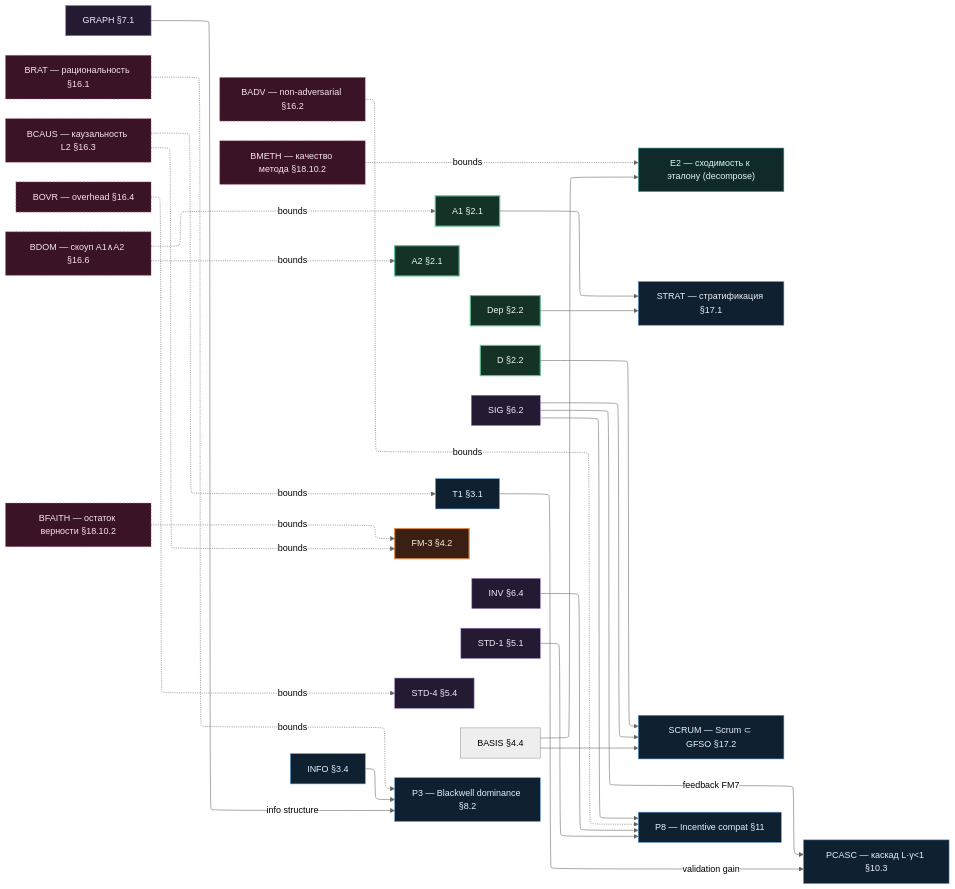
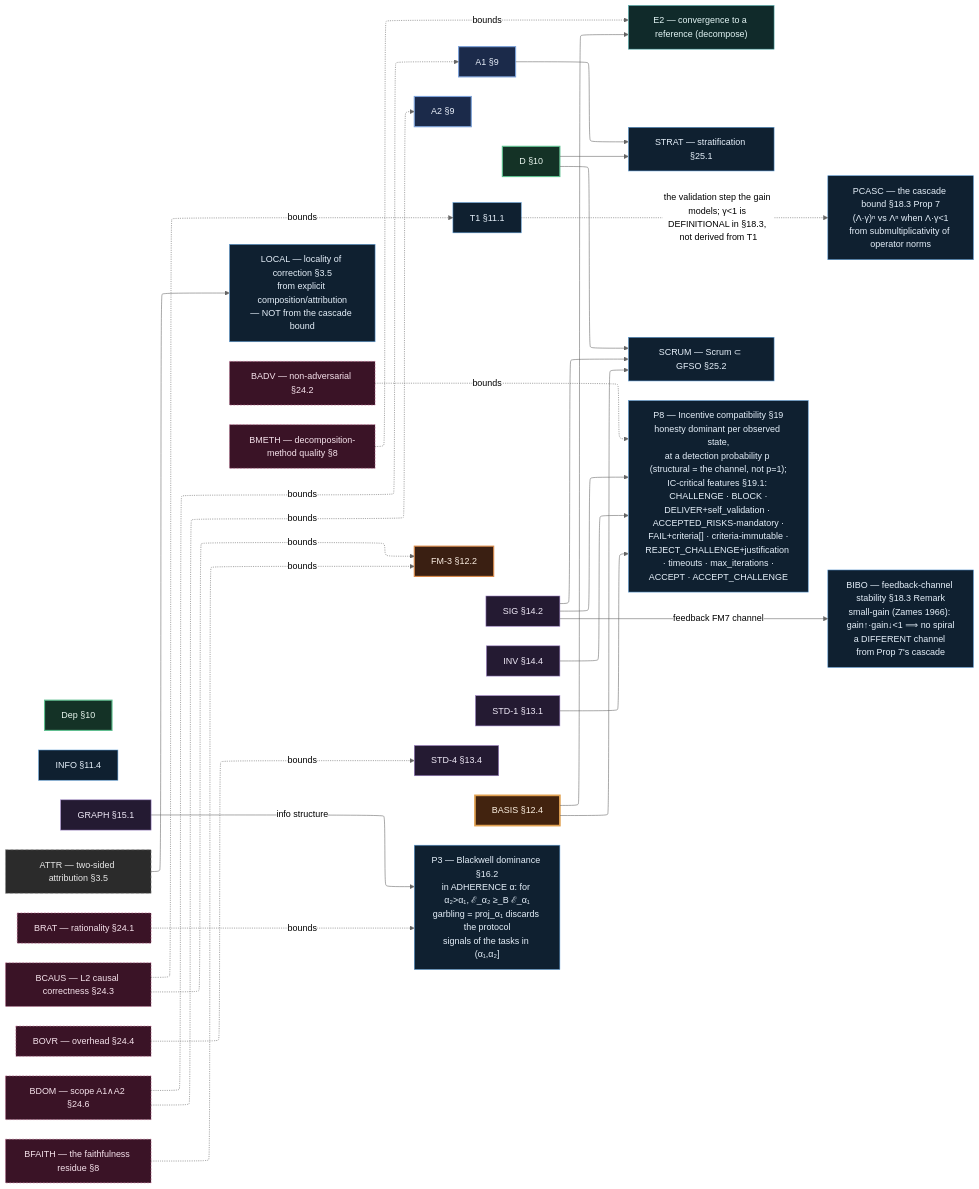
The third of 5 diagrams in docs/gfso_dependency_map.md (Kirill-Shokhin/GFSO), drawn with Mermaid (neutral theme) before and after one commit. The commit also changed other lines of this file and 39 other files, not shown here.

````diff
--- a/docs/gfso_dependency_map.md
+++ b/docs/gfso_dependency_map.md
@@ -309,75 +335,82 @@
 ```mermaid
 %%{init: {'flowchart': {'defaultRenderer': 'elk'}}}%%
 flowchart LR
   classDef axiom fill:#1b2a4a,stroke:#7da2d9,color:#eaf0fb,stroke-width:2px;
   classDef prim fill:#143226,stroke:#5fbf8f,color:#e9f7ef,stroke-width:2px;
   classDef derived fill:#0f2030,stroke:#5b9bd5,color:#e6f0fa;
   classDef fm fill:#3a1f12,stroke:#d98a4a,color:#fbeee2,stroke-width:2px;
   classDef guard fill:#241a32,stroke:#9b7fc4,color:#efe9f7;
   classDef bound fill:#3a1326,stroke:#c46a93,color:#f6e3ec,stroke-dasharray:3 3;
   classDef emp fill:#102a2a,stroke:#4fb0b0,color:#e3f5f5;
+  classDef basis fill:#42230f,stroke:#e0a050,color:#fdf1e2,stroke-width:3px;
+  classDef ground fill:#2b2b2b,stroke:#8a8a8a,color:#e8e8e8,stroke-dasharray:5 4;
 
-  %% light-якоря
-  A1["A1 §2.1"]; A2["A2 §2.1"]; Dep["Dep §2.2"]; D["D §2.2"]
-  class A1,A2,Dep,D prim
-  T1["T1 §3.1"]; INFO["INFO §3.4"]
+  %% light anchors
+  A1["A1 §9"]; A2["A2 §9"]; Dep["Dep §10"]; D["D §10"]
+  class A1,A2 axiom
+  class Dep,D prim
+  T1["T1 §11.1"]; INFO["INFO §11.4"]
   class T1,INFO derived
-  FM3["FM-3 §4.2"]
+  FM3["FM-3 §12.2"]
   class FM3 fm
-  GRAPH["GRAPH §7.1"]; SIG["SIG §6.2"]; INV["INV §6.4"]; STD1["STD-1 §5.1"]; STD4["STD-4 §5.4"]; BASIS["BASIS §4.4"]
+  GRAPH["GRAPH §15.1"]; SIG["SIG §14.2"]; INV["INV §14.4"]; STD1["STD-1 §13.1"]; STD4["STD-4 §13.4"]; BASIS["BASIS §12.4"]
   class GRAPH,SIG,INV,STD1,STD4 guard
   class BASIS basis
-  E2["E2 — сходимость к эталону (decompose)"]
+  ATTR["ATTR — two-sided attribution §3.5"]
+  class ATTR ground
+  E2["E2 — convergence to a reference (decompose)"]
   class E2 emp
 
-  %% производные результаты
-  STRAT["STRAT — стратификация §17.1"]
-  SCRUM["SCRUM — Scrum ⊂ GFSO §17.2"]
+  %% derivative results
+  STRAT["STRAT — stratification §25.1"]
+  SCRUM["SCRUM — Scrum ⊂ GFSO §25.2"]
   class STRAT,SCRUM derived
 
-  %% результаты Part II
-  P3["P3 — Blackwell dominance §8.2"]
-  P8["P8 — Incentive compat §11"]
-  PCASC["PCASC — каскад L·γ<1 §10.3"]
-  class P3,P8,PCASC derived
+  %% Part III results
+  P3["P3 — Blackwell dominance §16.2<br/>in ADHERENCE α: for α₂&gt;α₁, ℰ_α₂ ≥_B ℰ_α₁<br/>garbling = proj_α₁ discards the protocol<br/>signals of the tasks in (α₁,α₂]"]
+  P8["P8 — Incentive compatibility §19<br/>honesty dominant per observed state,<br/>at a detection probability p (structural = the channel, not p=1);<br/>IC-critical features §19.1: CHALLENGE · BLOCK ·<br/>DELIVER+self_validation · ACCEPTED_RISKS-mandatory ·<br/>FAIL+criteria[] · criteria-immutable ·<br/>REJECT_CHALLENGE+justification · timeouts · max_iterations ·<br/>ACCEPT · ACCEPT_CHALLENGE"]
+  PCASC["PCASC — the cascade bound §18.3 Prop 7<br/>(Λ·γ)ⁿ vs Λⁿ when Λ·γ&lt;1<br/>from submultiplicativity of operator norms"]
+  BIBO["BIBO — feedback-channel stability §18.3 Remark<br/>small-gain (Zames 1966): gain↑·gain↓&lt;1 ⟹ no spiral<br/>a DIFFERENT channel from Prop 7's cascade"]
+  LOCAL["LOCAL — locality of correction §3.5<br/>from explicit composition/attribution<br/>— NOT from the cascade bound"]
+  class P3,P8,PCASC,BIBO,LOCAL derived
 
-  %% границы
-  BRAT["BRAT — рациональность §16.1"]
-  BADV["BADV — non-adversarial §16.2"]
-  BCAUS["BCAUS — каузальность L2 §16.3"]
-  BOVR["BOVR — overhead §16.4"]
-  BDOM["BDOM — скоуп A1∧A2 §16.6"]
-  BFAITH["BFAITH — остаток верности §18.10.2"]
-  BMETH["BMETH — качество метода §18.10.2"]
+  %% boundaries
+  BRAT["BRAT — rationality §24.1"]
+  BADV["BADV — non-adversarial §24.2"]
+  BCAUS["BCAUS — L2 causal correctness §24.3"]
+  BOVR["BOVR — overhead §24.4"]
+  BDOM["BDOM — scope A1∧A2 §24.6"]
+  BFAITH["BFAITH — the faithfulness residue §8"]
+  BMETH["BMETH — decomposition-method quality §8"]
   class BRAT,BADV,BCAUS,BOVR,BDOM,BFAITH,BMETH bound
 
-  %% производные
-  Dep --> STRAT
+  %% derivatives
+  D --> STRAT
   A1 --> STRAT
   SIG --> SCRUM
   D --> SCRUM
   BASIS --> SCRUM
 
-  %% результаты Part II
+  %% Part III results
   GRAPH -->|info structure| P3
-  INFO --> P3
   SIG --> P8
   INV --> P8
   STD1 --> P8
-  T1 -->|validation gain| PCASC
-  SIG -->|feedback FM7| PCASC
+  T1 -.->|the validation step the gain models; γ&lt;1 is DEFINITIONAL in §18.3, not derived from T1| PCASC
+  SIG -->|feedback FM7 channel| BIBO
+  ATTR --> LOCAL
 
-  %% E2 наследует полноту
+  %% E2 inherits completeness
   BASIS --> E2
 
-  %% границы на том, что ограничивают
+  %% boundaries on what they bound
   BRAT -.->|bounds| P3
   BADV -.->|bounds| P8
   BCAUS -.->|bounds| T1
   BCAUS -.->|bounds| FM3
   BOVR -.->|bounds| STD4
   BDOM -.->|bounds| A1
   BDOM -.->|bounds| A2
   BFAITH -.->|bounds| FM3
   BMETH -.->|bounds| E2
 ```
````
